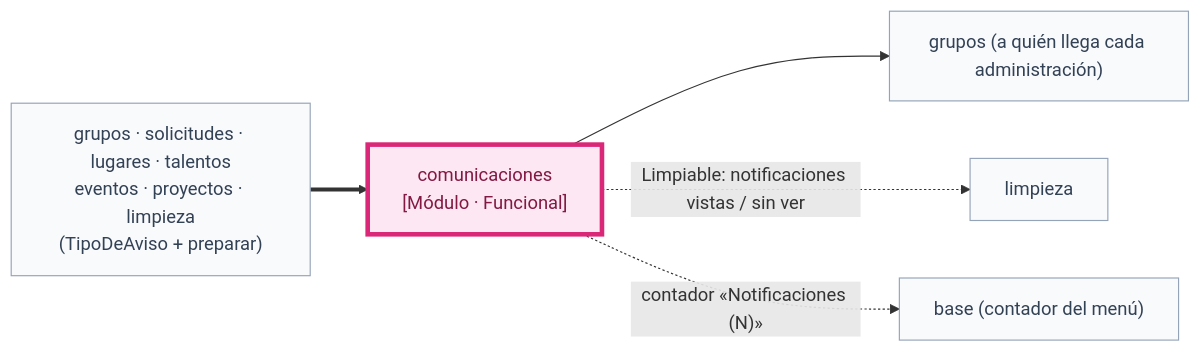
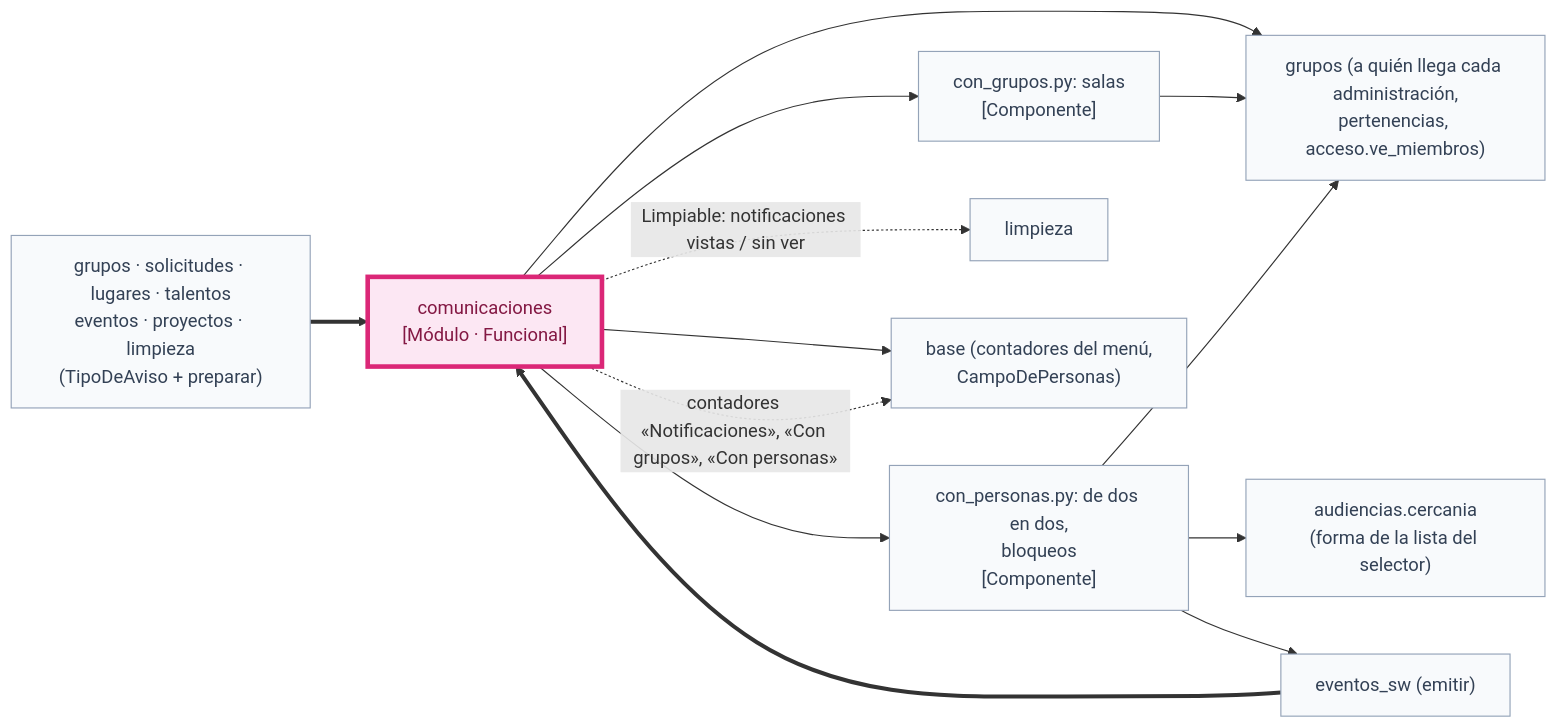
One commit to chemabc/groupy changed diagram 19 of 40 in docs/arquitectura.md. Above: the diagram before and after it, drawn with Mermaid. The commit also changed other lines of this file and 31 other files, not shown here.

First line of the commit message:
Conversaciones con grupos (una sala por grupo) y con personas (de dos en dos, con bloqueo)

````diff
--- a/docs/arquitectura.md
+++ b/docs/arquitectura.md
@@ -616,14 +621,26 @@
 ```mermaid
 flowchart LR
   classDef yo fill:#fce7f3,stroke:#db2777,stroke-width:4px,color:#831843
   classDef otro fill:#f8fafc,stroke:#94a3b8,color:#334155
   com["comunicaciones<br/>[Módulo · Funcional]"]:::yo
+  salas["con_grupos.py: salas<br/>[Componente]"]:::otro
+  pers["con_personas.py: de dos en dos,<br/>bloqueos<br/>[Componente]"]:::otro
   emisores["grupos · solicitudes · lugares · talentos<br/>eventos · proyectos · limpieza<br/>(TipoDeAviso + preparar)"]:::otro
-  gru["grupos (a quién llega cada administración)"]:::otro
+  gru["grupos (a quién llega cada administración,<br/>pertenencias, acceso.ve_miembros)"]:::otro
+  aud["audiencias.cercania<br/>(forma de la lista del selector)"]:::otro
+  sw["eventos_sw (emitir)"]:::otro
   lim["limpieza"]:::otro
-  base["base (contador del menú)"]:::otro
+  base["base (contadores del menú,<br/>CampoDePersonas)"]:::otro
   emisores ==> com
+  com --> salas
+  com --> pers
   com --> gru
+  salas --> gru
+  pers --> gru
+  pers --> aud
+  pers --> sw
+  sw ==> com
+  com --> base
   com -. "Limpiable: notificaciones vistas / sin ver" .-> lim
-  com -. "contador «Notificaciones (N)»" .-> base
+  com -. "contadores «Notificaciones», «Con grupos», «Con personas»" .-> base
 ```
````
